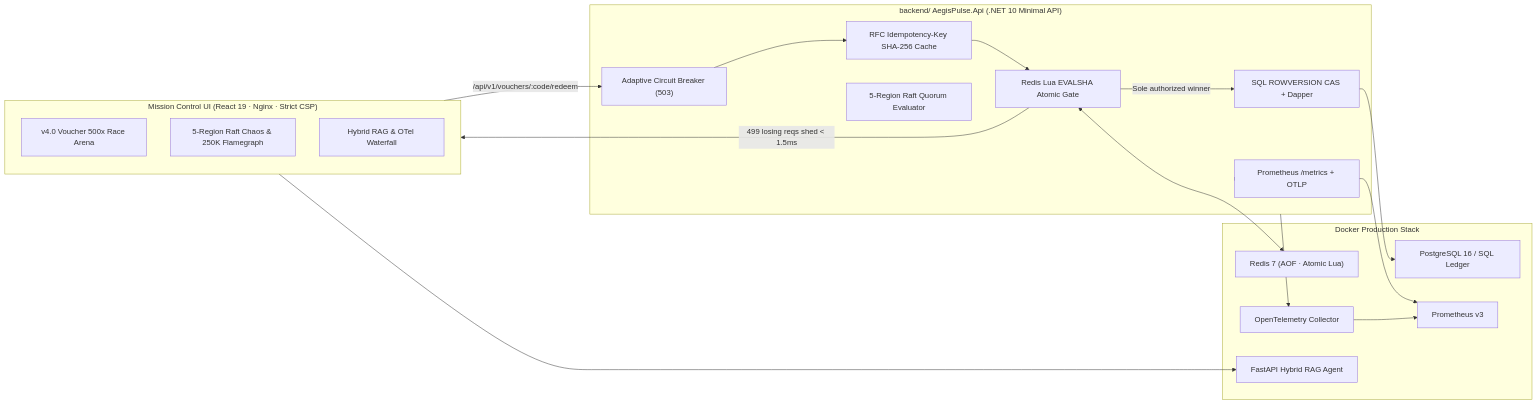
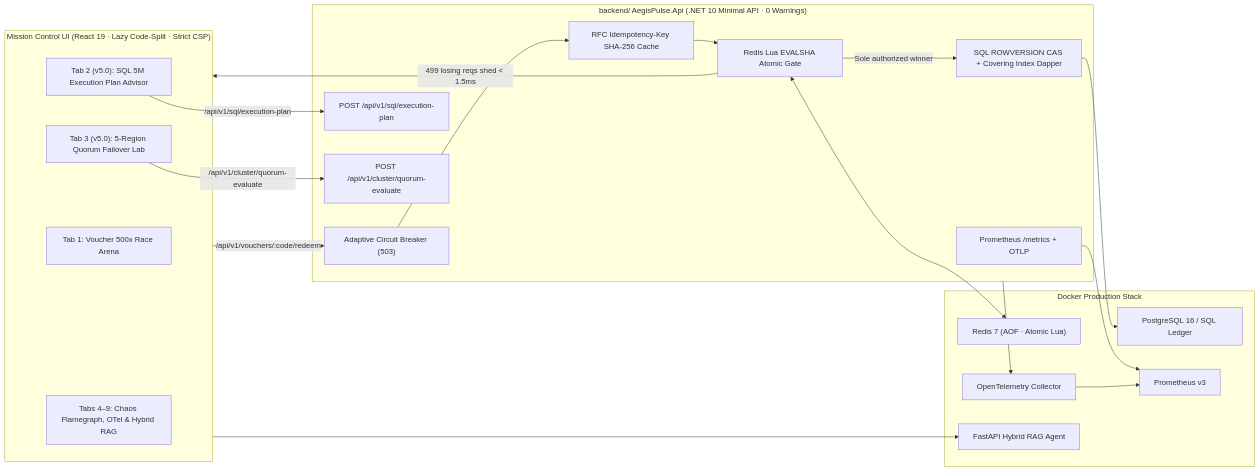
Before and after one commit to tvt987/aegispulse-distributed-sre: the diagram in README.md, drawn with Mermaid. The commit also changed other lines of this file and 18 other files, not shown here.

Commit message:
feat(v5.0): ship 5M-row SQL Execution Plan Advisor, 5-Region Quorum Split-Brain Lab & .NET 10 >5K ops/sec Proof

````diff
--- a/README.md
+++ b/README.md
@@ -33,34 +34,37 @@
 ```mermaid
 flowchart LR
-    subgraph Web["Mission Control UI (React 19 · Nginx · Strict CSP)"]
-        VRA["v4.0 Voucher 500x Race Arena"]
-        RAFTUI["5-Region Raft Chaos & 250K Flamegraph"]
-        RAGUI["Hybrid RAG & OTel Waterfall"]
+    subgraph Web["Mission Control UI (React 19 · Lazy Code-Split · Strict CSP)"]
+        VRA["Tab 1: Voucher 500x Race Arena"]
+        SQLUI["Tab 2 (v5.0): SQL 5M Execution Plan Advisor"]
+        QRMUI["Tab 3 (v5.0): 5-Region Quorum Failover Lab"]
+        RAFTUI["Tabs 4–9: Chaos Flamegraph, OTel & Hybrid RAG"]
     end
 
-    subgraph Api["backend/ AegisPulse.Api (.NET 10 Minimal API)"]
+    subgraph Api["backend/ AegisPulse.Api (.NET 10 Minimal API · 0 Warnings)"]
         CB["Adaptive Circuit Breaker (503)"]
         IDEM["RFC Idempotency-Key SHA-256 Cache"]
         LUA["Redis Lua EVALSHA Atomic Gate"]
-        RV["SQL ROWVERSION CAS + Dapper"]
-        RAFTE["5-Region Raft Quorum Evaluator"]
+        RV["SQL ROWVERSION CAS + Covering Index Dapper"]
+        SQLADV["POST /api/v1/sql/execution-plan"]
+        QRMEV["POST /api/v1/cluster/quorum-evaluate"]
         MET["Prometheus /metrics + OTLP"]
     end
 
     subgraph Infra["Docker Production Stack"]
         REDIS["Redis 7 (AOF · Atomic Lua)"]
         PG["PostgreSQL 16 / SQL Ledger"]
         OTEL["OpenTelemetry Collector"]
         PROM["Prometheus v3"]
         PY["FastAPI Hybrid RAG Agent"]
     end
 
     Web -->|/api/v1/vouchers/:code/redeem| CB --> IDEM --> LUA
     LUA -->|499 losing reqs shed < 1.5ms| Web
     LUA -->|Sole authorized winner| RV --> PG
     LUA <--> REDIS
-    Api --> RAFTE
+    SQLUI -->|/api/v1/sql/execution-plan| SQLADV
+    QRMUI -->|/api/v1/cluster/quorum-evaluate| QRMEV
     Api --> MET --> PROM
     Api --> OTEL --> PROM
     Web --> PY
 ```
````
